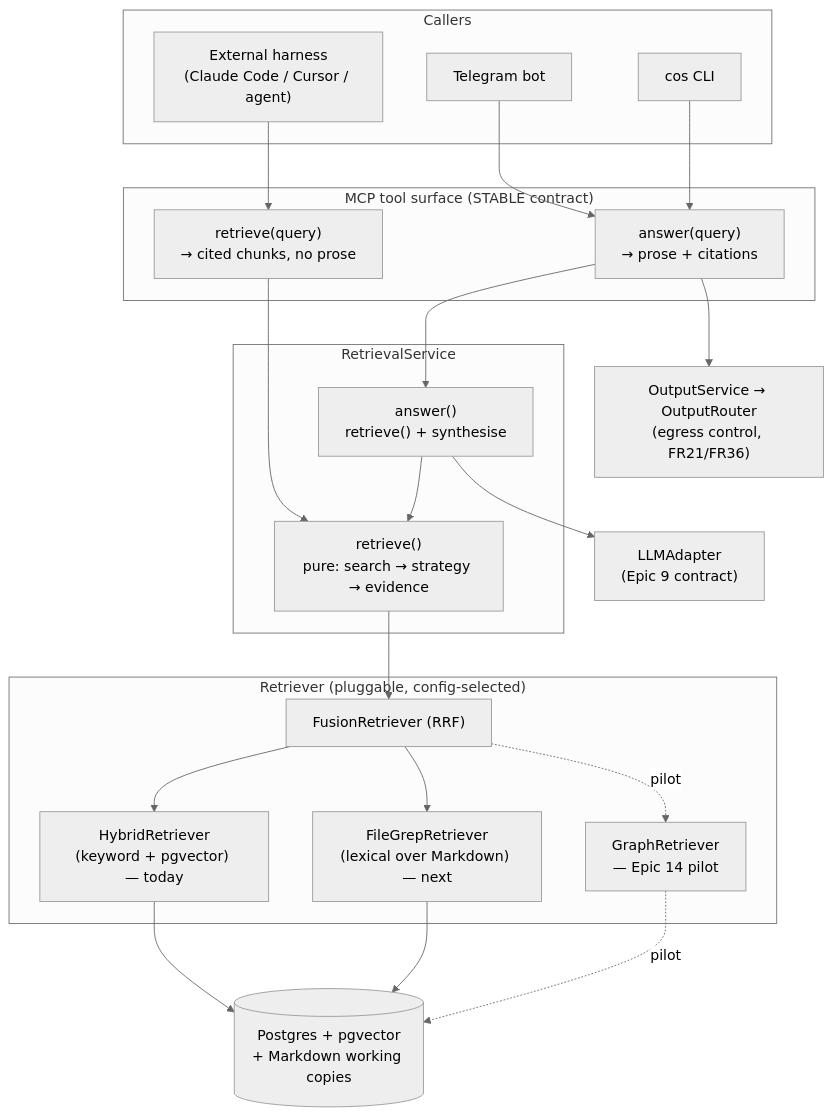
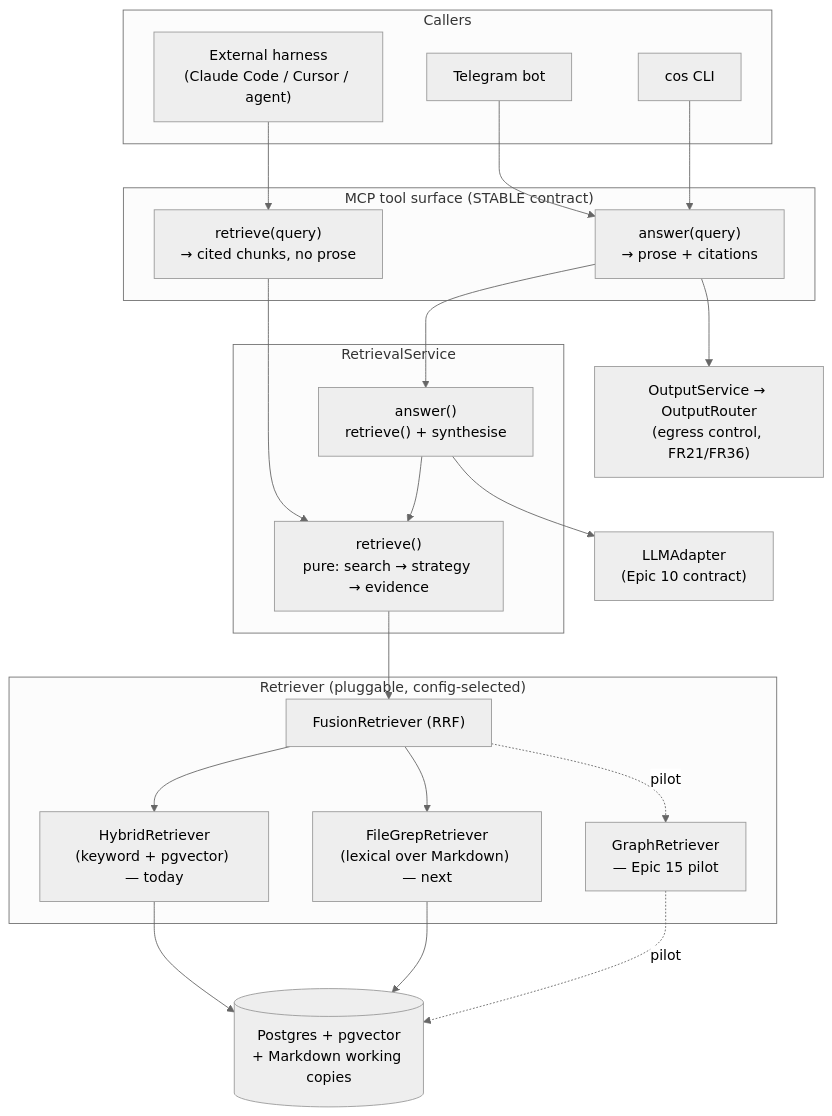
One commit to iainhgl/chief-of-staff changed the first of 5 diagrams in _bmad-output/planning-artifacts/retrieval-contract-and-pluggable-retriever-design-2026-06-10.md. Above: the diagram before and after it, drawn with Mermaid (neutral theme). The commit also changed other lines of this file and 8 other files, not shown here.

Commit message:
Insert LLM wiki epic into roadmap

````diff
--- a/_bmad-output/planning-artifacts/retrieval-contract-and-pluggable-retriever-design-2026-06-10.md
+++ b/_bmad-output/planning-artifacts/retrieval-contract-and-pluggable-retriever-design-2026-06-10.md
@@ -127,45 +127,45 @@
 ```mermaid
 flowchart TD
     subgraph clients["Callers"]
         H["External harness<br/>(Claude Code / Cursor / agent)"]
         TG["Telegram bot"]
         CLI["cos CLI"]
     end
 
     subgraph mcp["MCP tool surface (STABLE contract)"]
         RT["retrieve(query)<br/>→ cited chunks, no prose"]
         AN["answer(query)<br/>→ prose + citations"]
     end
 
     subgraph svc["RetrievalService"]
         R["retrieve()<br/>pure: search → strategy → evidence"]
         A["answer()<br/>retrieve() + synthesise"]
     end
 
     subgraph mech["Retriever (pluggable, config-selected)"]
         F["FusionRetriever (RRF)"]
         HY["HybridRetriever<br/>(keyword + pgvector) — today"]
         FILE["FileGrepRetriever<br/>(lexical over Markdown) — next"]
-        GR["GraphRetriever<br/>— Epic 14 pilot"]
+        GR["GraphRetriever<br/>— Epic 15 pilot"]
     end
 
-    LLM["LLMAdapter<br/>(Epic 9 contract)"]
+    LLM["LLMAdapter<br/>(Epic 10 contract)"]
     OUT["OutputService → OutputRouter<br/>(egress control, FR21/FR36)"]
     DB[("Postgres + pgvector<br/>+ Markdown working copies")]
 
     H --> RT
     TG --> AN
     CLI --> AN
     RT --> R
     AN --> A
     A --> R
     A --> LLM
     AN --> OUT
     R --> F
     F --> HY
     F --> FILE
     F -.pilot.-> GR
     HY --> DB
     FILE --> DB
     GR -.pilot.-> DB
 ```
````
